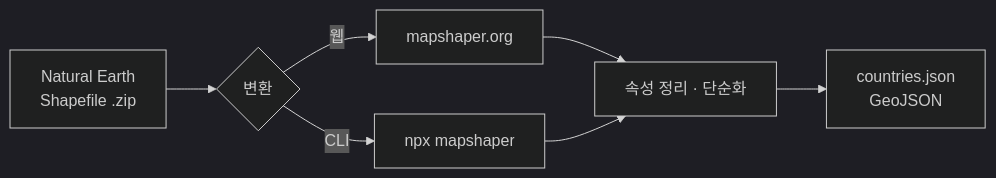
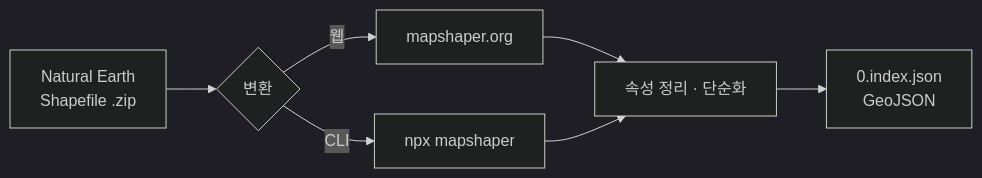
The diagram in content/tools/gis/001_natural_earth_to_geojson.md (1etterh/devlog), drawn with Mermaid (dark theme) before and after one commit. The commit also changed other lines of this file and 1 other file, not shown here.

Commit message:
tools/gis: geoJson 파일 구조를 0.index.json 으로, 이름 결정 과정 추가

````diff
--- a/content/tools/gis/001_natural_earth_to_geojson.md
+++ b/content/tools/gis/001_natural_earth_to_geojson.md
@@ -13,9 +13,9 @@
 ```mermaid
 flowchart LR
     A[Natural Earth<br/>Shapefile .zip] --> B{변환}
     B -->|웹| C[mapshaper.org]
     B -->|CLI| D[npx mapshaper]
     C --> E[속성 정리 · 단순화]
     D --> E
-    E --> F[countries.json<br/>GeoJSON]
+    E --> F[0.index.json<br/>GeoJSON]
 ```
````
